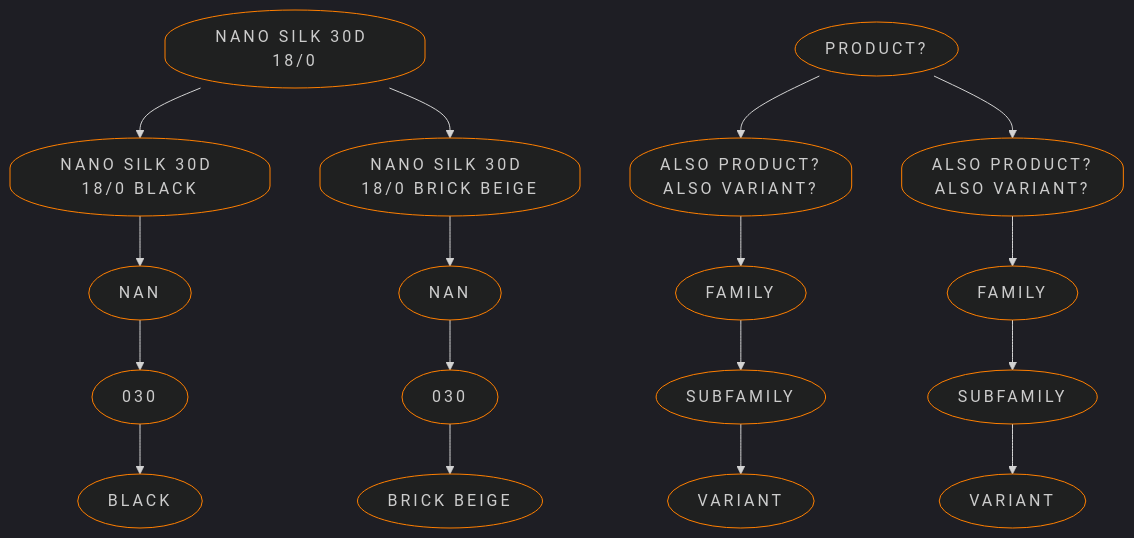
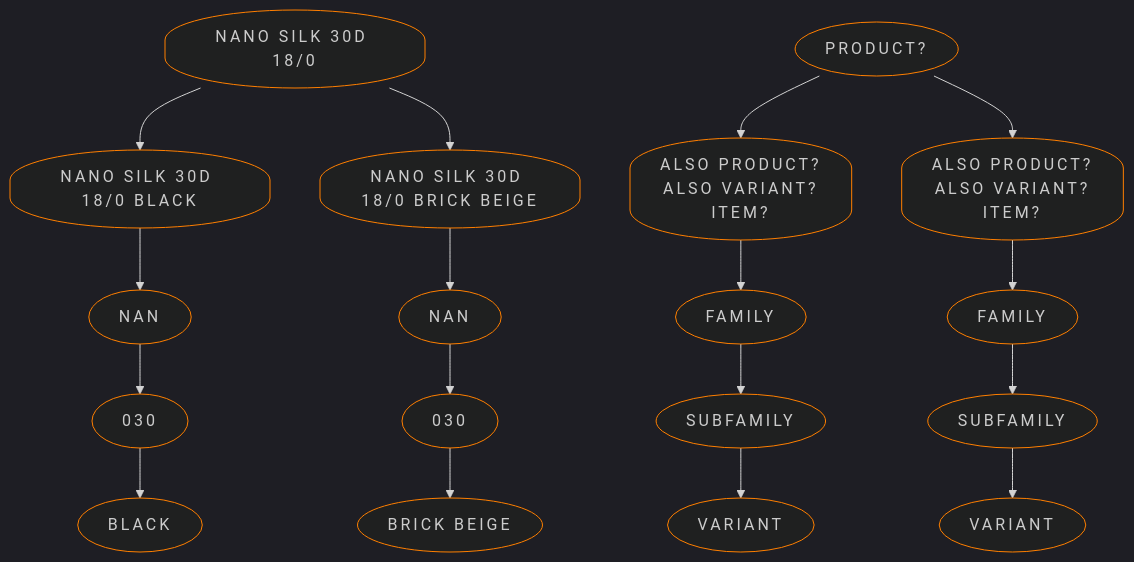
The fifth of 5 diagrams in README.md (birdj612/Diagram-Sharing), drawn with Mermaid before and after one commit. The commit also changed other lines of this file, not shown here.

````diff
--- a/README.md
+++ b/README.md
@@ -245,41 +245,41 @@
 ```mermaid
 ---
 config:
   theme: dark
   layout: dagre
   look: classic
   fontFamily: diavlo
   themeVariables:
     fontFamily: diavlo
 ---
 flowchart TD
     A["NANO SILK 30D 18/0"] --> B1["NANO SILK 30D 18/0 BLACK"] & n4["NANO SILK 30D 18/0 BRICK BEIGE"]
     B1 --> C1["NAN"]
     C1 --> D1["030"]
     D1 --> E1["BLACK"]
     n5["NAN"] --> n6["030"]
     n6 --> n7["BRICK BEIGE"]
     n4 --> n5
-    n8["PRODUCT?"] --> n9["ALSO PRODUCT?<br>ALSO VARIANT?"] & n10["ALSO PRODUCT?<br>ALSO VARIANT?"]
+    n8["PRODUCT?"] --> n9["ALSO PRODUCT?<br>ALSO VARIANT?<br>ITEM?"] & n10["ALSO PRODUCT?<br>ALSO VARIANT?<br>ITEM?"]
     n9 --> n11["FAMILY"]
     n11 --> n12["SUBFAMILY"]
     n12 --> n13["VARIANT"]
     n14["FAMILY"] --> n15["SUBFAMILY"]
     n15 --> n16["VARIANT"]
     n10 --> n14
     A@{ shape: rect}
     n4@{ shape: rect}
     n5@{ shape: rect}
     n6@{ shape: rect}
     n7@{ shape: rect}
     n8@{ shape: rect}
     n9@{ shape: rect}
     n10@{ shape: rect}
     n11@{ shape: rect}
     n12@{ shape: rect}
     n13@{ shape: rect}
     n14@{ shape: rect}
     n15@{ shape: rect}
     n16@{ shape: rect}
     classDef default stroke:#FF7F00,stroke-width:1px,rx:200,ry:30,letter-spacing:3px
 ```
````
